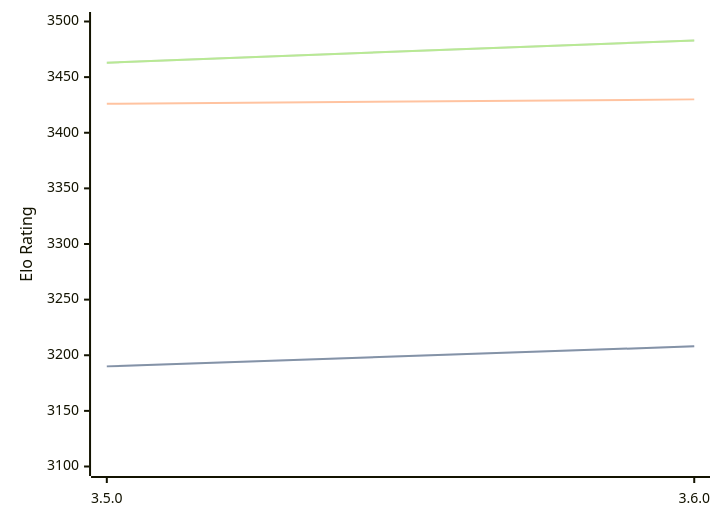
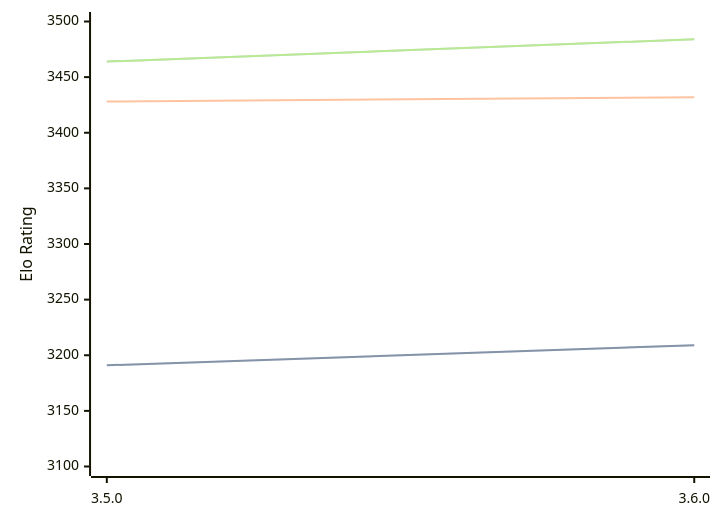
The diagram in engines/Igel.md (computer-chess-index/cci), drawn with Mermaid before and after one commit. The commit also changed other lines of this file, not shown here.

Commit message:
Update CCI Ratings (ELO VLTC) - 2026-03-29

````diff
--- a/engines/Igel.md
+++ b/engines/Igel.md
@@ -68,11 +68,11 @@
 ```mermaid
 %%{init: {"theme":"base","themeVariables":{"seriesColors:['#a3a3a3','#222221','#faa371']}}}%%
 xychart-beta
   x-axis ["3.5.0", "3.6.0"]
   y-axis "Elo Rating" 3100 --> 3500
-  line "STC (8.0+0.08s)" [3190, 3208]
-  line "STC (8.0+0.08s)" [3190, 3208]
-  line "LTC (60.0+0.60s)" [3426, 3430]
-  line "VLTC (2m24s+1.12s)" [3463, 3483]
-  line "VLTC (2m24s+1.12s)" [3463, 3483]
+  line "STC (8.0+0.08s)" [3191, 3209]
+  line "STC (8.0+0.08s)" [3191, 3209]
+  line "LTC (60.0+0.60s)" [3428, 3432]
+  line "VLTC (2m24s+1.12s)" [3464, 3484]
+  line "VLTC (2m24s+1.12s)" [3464, 3484]
 ```
````
